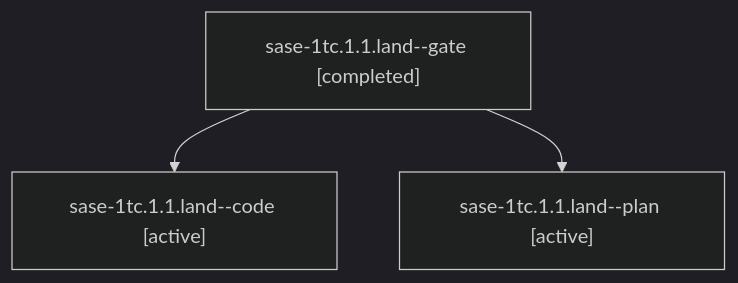
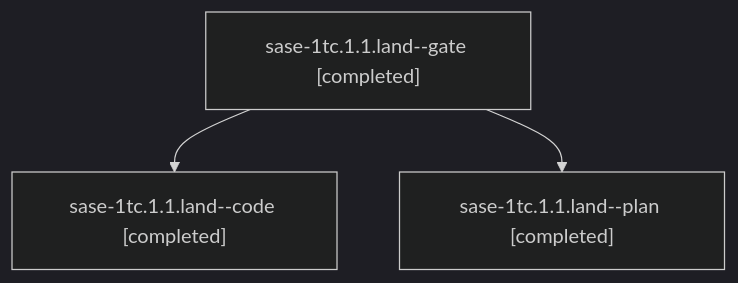
One commit to sase-org/sase--agents changed the diagram in sessions/bbugyi200.athena.sase-1tc.1.1.land.md. Above: the diagram before and after it, drawn with Mermaid (dark theme). The commit also changed other lines of this file and 39 other files, not shown here.

````diff
--- a/sessions/bbugyi200.athena.sase-1tc.1.1.land.md
+++ b/sessions/bbugyi200.athena.sase-1tc.1.1.land.md
@@ -9,8 +9,8 @@
 ```mermaid
 flowchart TD
   n0["sase-1tc.1.1.land--gate [completed]"]
-  n1["sase-1tc.1.1.land--code [active]"]
+  n1["sase-1tc.1.1.land--code [completed]"]
   n0 --> n1
-  n2["sase-1tc.1.1.land--plan [active]"]
+  n2["sase-1tc.1.1.land--plan [completed]"]
   n0 --> n2
 ```
````
